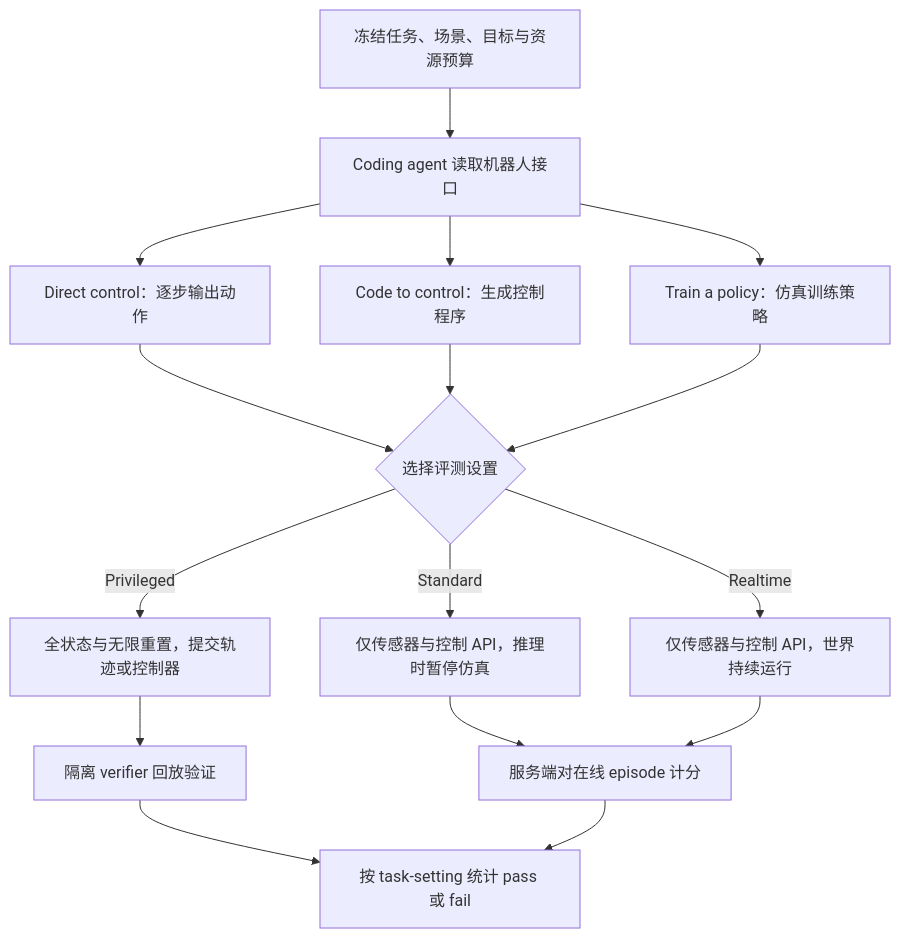
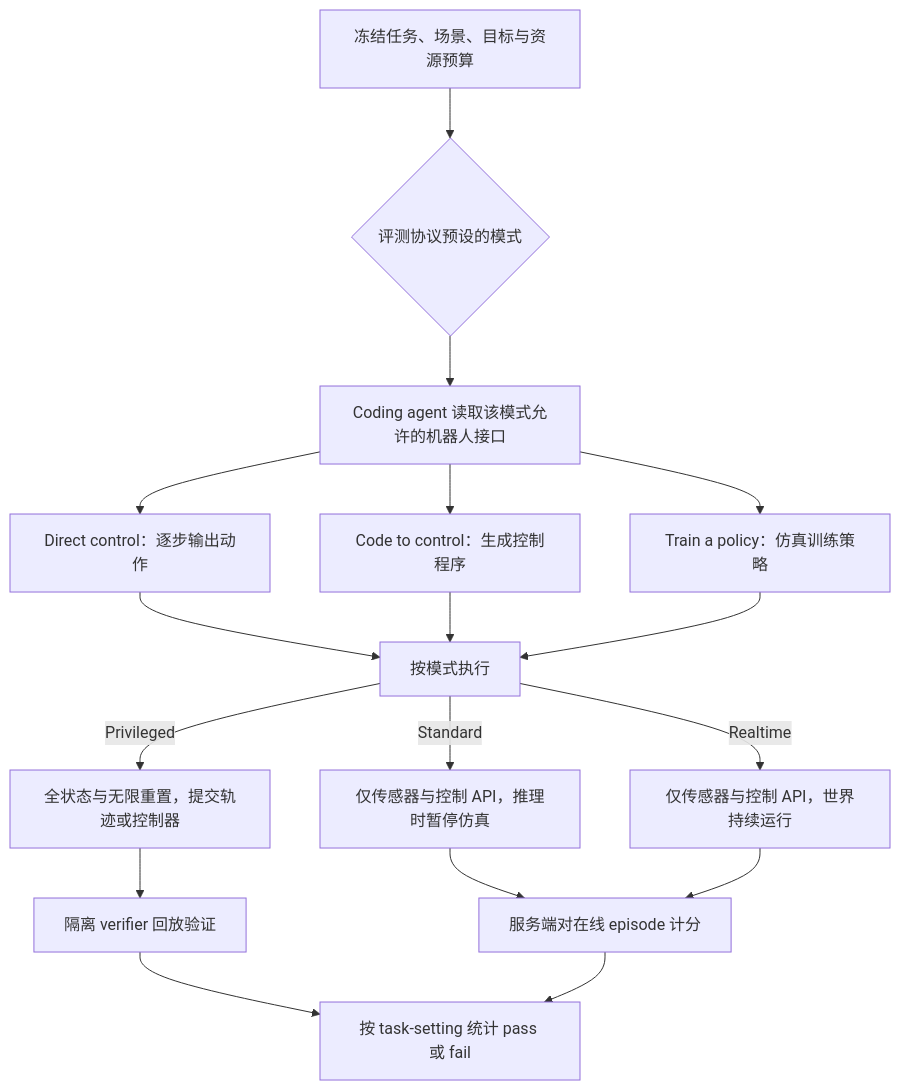
Before and after one commit to ImChong/Robotics_Notebooks: the first of 3 diagrams in wiki/entities/embodied-first-exam.md, drawn with Mermaid. The commit also changed other lines of this file and 5 other files, not shown here.

````diff
--- a/wiki/entities/embodied-first-exam.md
+++ b/wiki/entities/embodied-first-exam.md
@@ -87,18 +90,19 @@
 ```mermaid
 flowchart TD
-  T["冻结任务、场景、目标与资源预算"] --> A["Coding agent 读取机器人接口"]
+  T["冻结任务、场景、目标与资源预算"] --> K{"评测协议预设的模式"}
+  K --> A["Coding agent 读取该模式允许的机器人接口"]
   A --> D["Direct control：逐步输出动作"]
   A --> C["Code to control：生成控制程序"]
   A --> P["Train a policy：仿真训练策略"]
-  D --> K{"选择评测设置"}
-  C --> K
-  P --> K
-  K -->|Privileged| Q["全状态与无限重置，提交轨迹或控制器"]
+  D --> X["按模式执行"]
+  C --> X
+  P --> X
+  X -->|Privileged| Q["全状态与无限重置，提交轨迹或控制器"]
   Q --> R["隔离 verifier 回放验证"]
-  K -->|Standard| S["仅传感器与控制 API，推理时暂停仿真"]
-  K -->|Realtime| U["仅传感器与控制 API，世界持续运行"]
+  X -->|Standard| S["仅传感器与控制 API，推理时暂停仿真"]
+  X -->|Realtime| U["仅传感器与控制 API，世界持续运行"]
   S --> V["服务端对在线 episode 计分"]
   U --> V
   R --> G["按 task-setting 统计 pass 或 fail"]
   V --> G
 ```
````
